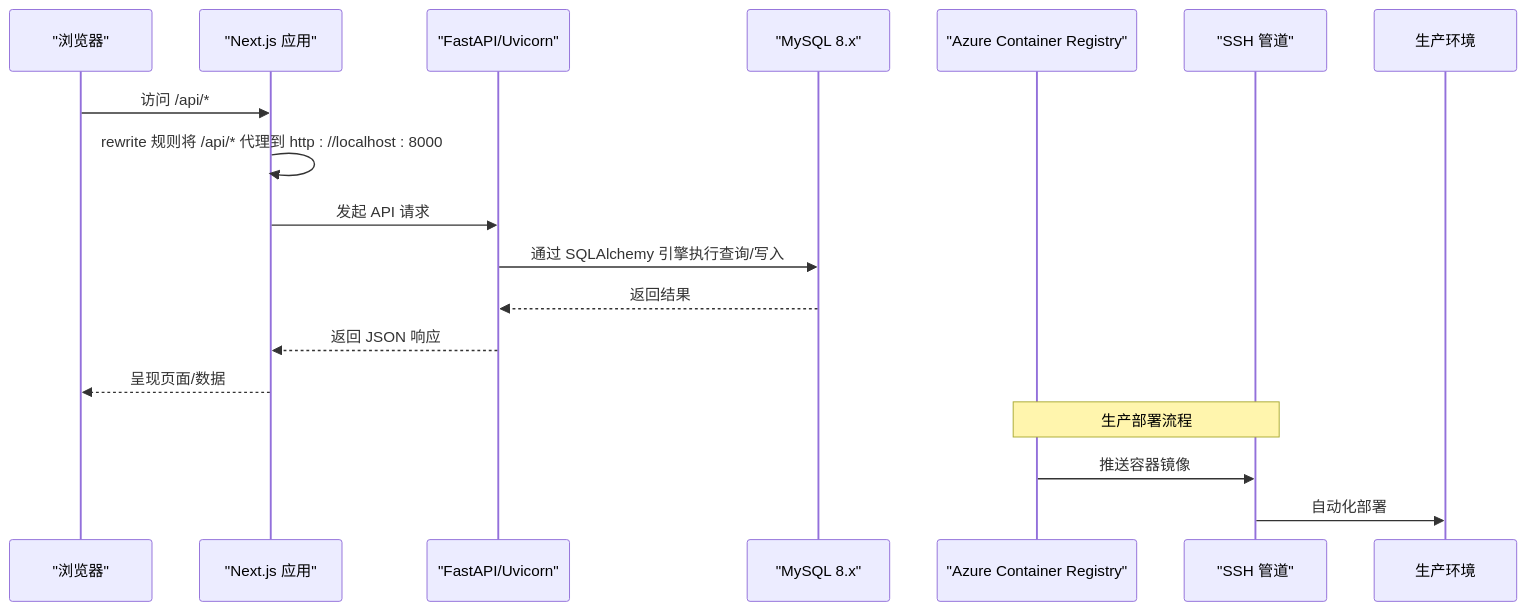
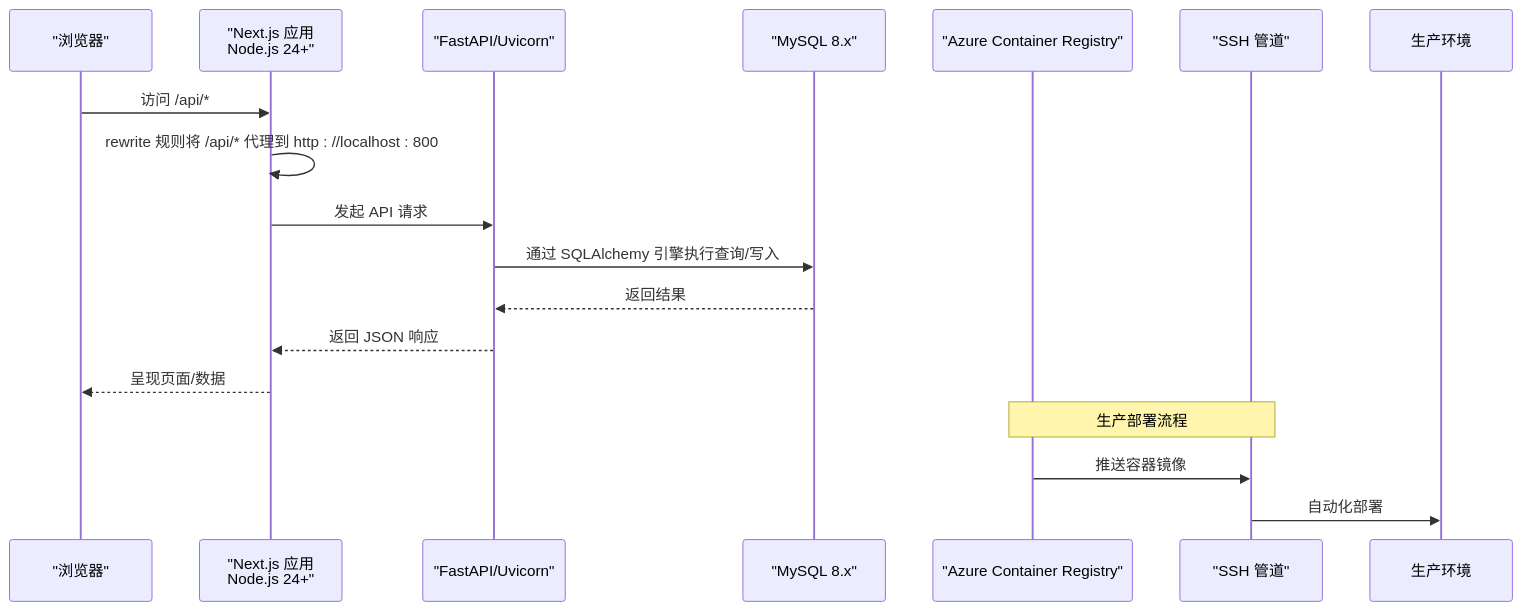
The second of 3 diagrams in .qoder/repowiki/zh/content/开发指南/环境搭建.md (gujialind/InvestRing), drawn with Mermaid before and after one commit. The commit also changed other lines of this file and 32 other files, not shown here.

````diff
--- a/.qoder/repowiki/zh/content/开发指南/环境搭建.md
+++ b/.qoder/repowiki/zh/content/开发指南/环境搭建.md
@@ -106,19 +106,19 @@
 ```mermaid
 sequenceDiagram
 participant Browser as "浏览器"
-participant Next as "Next.js 应用"
+participant Next as "Next.js 应用<br/>Node.js 24+"
 participant Uvicorn as "FastAPI/Uvicorn"
 participant DB as "MySQL 8.x"
 participant ACR as "Azure Container Registry"
 participant SSH as "SSH 管道"
 Browser->>Next : 访问 /api/*
-Next->>Next : rewrite 规则将 /api/* 代理到 http : //localhost : 8000
+Next->>Next : rewrite 规则将 /api/* 代理到 http : //localhost : 800
 Next->>Uvicorn : 发起 API 请求
 Uvicorn->>DB : 通过 SQLAlchemy 引擎执行查询/写入
 DB-->>Uvicorn : 返回结果
 Uvicorn-->>Next : 返回 JSON 响应
 Next-->>Browser : 呈现页面/数据
 Note over ACR,SSH : 生产部署流程
 ACR->>SSH : 推送容器镜像
 SSH->>生产环境 : 自动化部署
 ```
````
